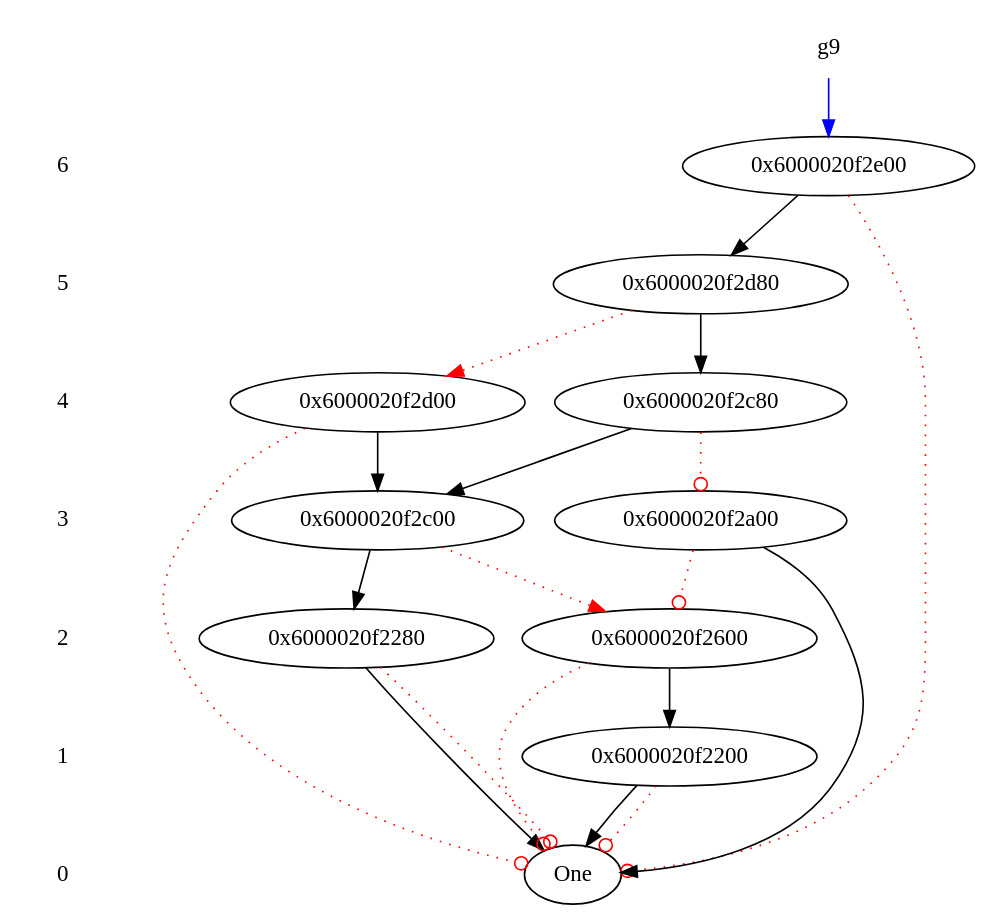
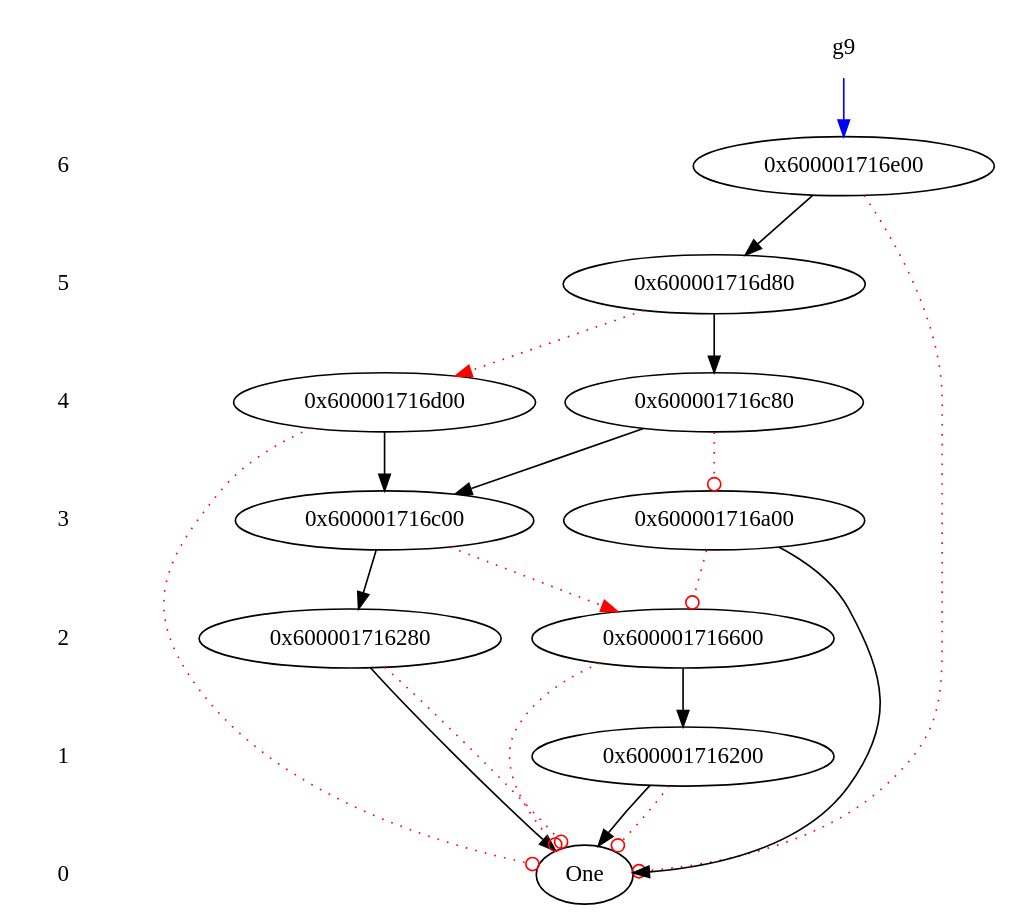
One commit to soyccan/RicBDD changed the diagram in p6a.dot. Above: the diagram before and after it, drawn with Graphviz. The commit also changed 18 other files, not shown here.

```diff
--- a/p6a.dot
+++ b/p6a.dot
@@ -1,35 +1,35 @@
 digraph {
    node [shape = plaintext];
    6 -> 5 -> 4 -> 3 -> 2 -> 1 -> 0 [style = invis];
    { rank = source; "g9"; }
    node [shape = ellipse];
-   "g9" -> "0x6000020f2e00" [color = blue];
-   { rank = same; 6; "0x6000020f2e00"; }
-   "0x6000020f2e00" -> "0x6000020f2d80";
-   "0x6000020f2e00" -> "One"[style = dotted ] [color=red] [arrowhead=odot]
-   { rank = same; 5; "0x6000020f2d80"; }
-   "0x6000020f2d80" -> "0x6000020f2c80";
-   "0x6000020f2d80" -> "0x6000020f2d00"[style = dotted ] [color=red];
-   { rank = same; 4; "0x6000020f2c80"; }
-   "0x6000020f2c80" -> "0x6000020f2c00";
-   "0x6000020f2c80" -> "0x6000020f2a00"[style = dotted ] [color=red] [arrowhead=odot]
-   { rank = same; 3; "0x6000020f2c00"; }
-   "0x6000020f2c00" -> "0x6000020f2280";
-   "0x6000020f2c00" -> "0x6000020f2600"[style = dotted ] [color=red];
-   { rank = same; 2; "0x6000020f2280"; }
-   "0x6000020f2280" -> "One";
-   "0x6000020f2280" -> "One"[style = dotted ] [color=red] [arrowhead=odot]
-   { rank = same; 2; "0x6000020f2600"; }
-   "0x6000020f2600" -> "0x6000020f2200";
-   "0x6000020f2600" -> "One"[style = dotted ] [color=red] [arrowhead=odot]
-   { rank = same; 1; "0x6000020f2200"; }
-   "0x6000020f2200" -> "One";
-   "0x6000020f2200" -> "One"[style = dotted ] [color=red] [arrowhead=odot]
-   { rank = same; 3; "0x6000020f2a00"; }
-   "0x6000020f2a00" -> "One";
-   "0x6000020f2a00" -> "0x6000020f2600"[style = dotted ] [color=red] [arrowhead=odot]
-   { rank = same; 4; "0x6000020f2d00"; }
-   "0x6000020f2d00" -> "0x6000020f2c00";
-   "0x6000020f2d00" -> "One"[style = dotted ] [color=red] [arrowhead=odot]
+   "g9" -> "0x600001716e00" [color = blue];
+   { rank = same; 6; "0x600001716e00"; }
+   "0x600001716e00" -> "0x600001716d80";
+   "0x600001716e00" -> "One"[style = dotted ] [color=red] [arrowhead=odot]
+   { rank = same; 5; "0x600001716d80"; }
+   "0x600001716d80" -> "0x600001716c80";
+   "0x600001716d80" -> "0x600001716d00"[style = dotted ] [color=red];
+   { rank = same; 4; "0x600001716c80"; }
+   "0x600001716c80" -> "0x600001716c00";
+   "0x600001716c80" -> "0x600001716a00"[style = dotted ] [color=red] [arrowhead=odot]
+   { rank = same; 3; "0x600001716c00"; }
+   "0x600001716c00" -> "0x600001716280";
+   "0x600001716c00" -> "0x600001716600"[style = dotted ] [color=red];
+   { rank = same; 2; "0x600001716280"; }
+   "0x600001716280" -> "One";
+   "0x600001716280" -> "One"[style = dotted ] [color=red] [arrowhead=odot]
+   { rank = same; 2; "0x600001716600"; }
+   "0x600001716600" -> "0x600001716200";
+   "0x600001716600" -> "One"[style = dotted ] [color=red] [arrowhead=odot]
+   { rank = same; 1; "0x600001716200"; }
+   "0x600001716200" -> "One";
+   "0x600001716200" -> "One"[style = dotted ] [color=red] [arrowhead=odot]
+   { rank = same; 3; "0x600001716a00"; }
+   "0x600001716a00" -> "One";
+   "0x600001716a00" -> "0x600001716600"[style = dotted ] [color=red] [arrowhead=odot]
+   { rank = same; 4; "0x600001716d00"; }
+   "0x600001716d00" -> "0x600001716c00";
+   "0x600001716d00" -> "One"[style = dotted ] [color=red] [arrowhead=odot]
    { rank = same; 0; "One"; }
 }
```
